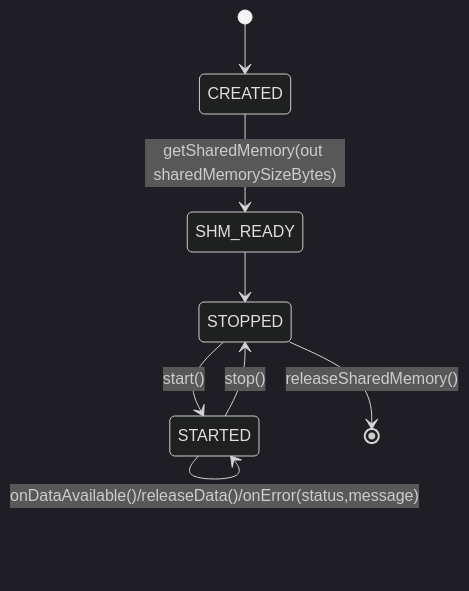
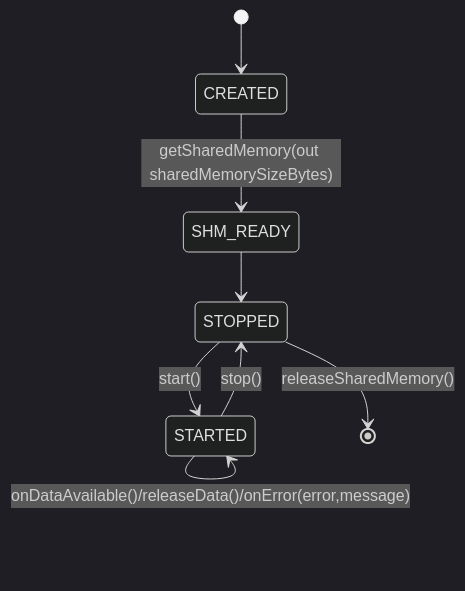
Before and after one commit to rdkcentral/rdk-halif-aidl: the third of 3 diagrams in docs/halif/audio_mixer/current/audio_mixer.md, drawn with Mermaid (dark theme). The commit also changed other lines of this file and 6 other files, not shown here.

````diff
--- a/docs/halif/audio_mixer/current/audio_mixer.md
+++ b/docs/halif/audio_mixer/current/audio_mixer.md
@@ -252,10 +252,10 @@
 ```mermaid
 stateDiagram-v2
   [*] --> CREATED
   CREATED --> SHM_READY : getSharedMemory(out sharedMemorySizeBytes)
   SHM_READY --> STOPPED
   STOPPED --> STARTED : start()
   STARTED --> STOPPED : stop()
-  STARTED --> STARTED : onDataAvailable()/releaseData()/onError(status,message)
+  STARTED --> STARTED : onDataAvailable()/releaseData()/onError(error,message)
   STOPPED --> [*] : releaseSharedMemory()
 ```
````
